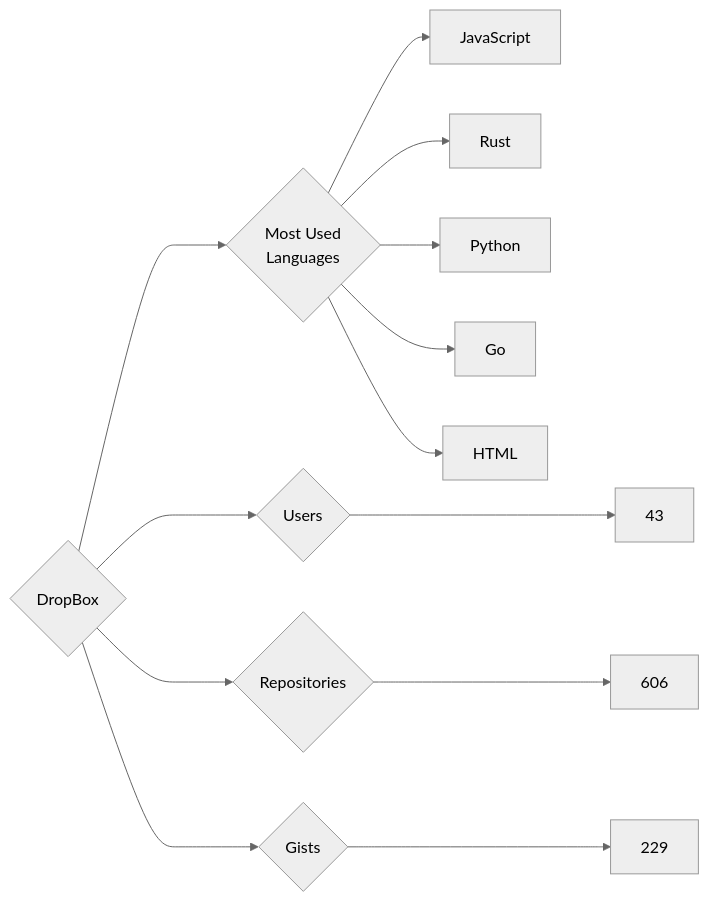
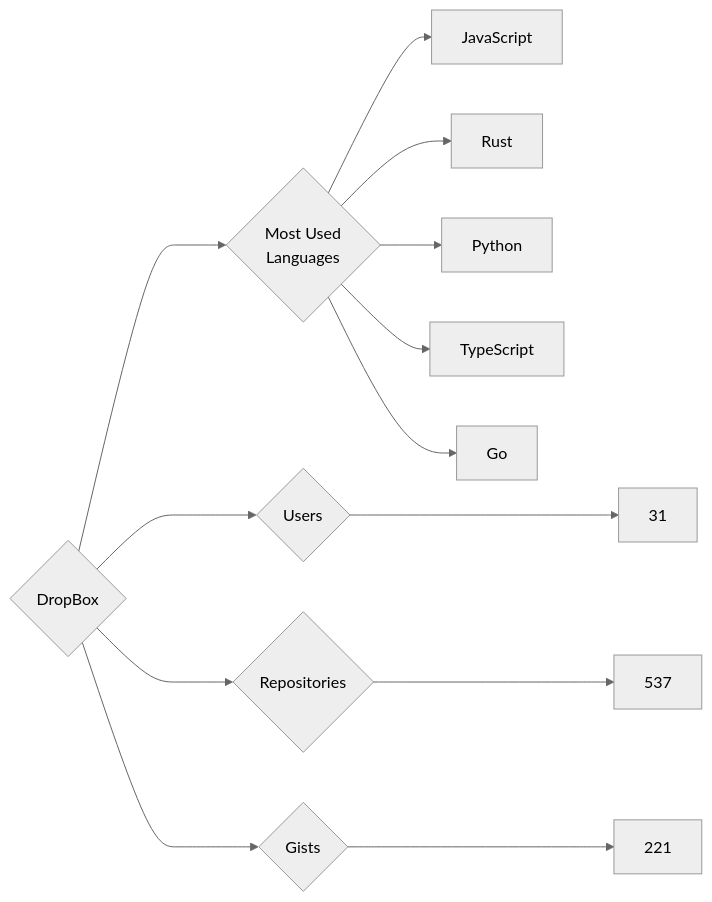
One commit to trickest/insiders changed the diagram in targets/DropBox/README.md. Above: the diagram before and after it, drawn with Mermaid (neutral theme). The commit also changed 1084 other files, not shown here.

````diff
--- a/targets/DropBox/README.md
+++ b/targets/DropBox/README.md
@@ -3,13 +3,13 @@
 ```mermaid
 graph LR
 COMPANY_NAME{DropBox}
-COMPANY_NAME ---> U{Users} ---> UN[43]
-COMPANY_NAME ---> R{Repositories} ---> RN[606]
-COMPANY_NAME ---> G{Gists} ---> GN[229]
+COMPANY_NAME ---> U{Users} ---> UN[31]
+COMPANY_NAME ---> R{Repositories} ---> RN[537]
+COMPANY_NAME ---> G{Gists} ---> GN[221]
 COMPANY_NAME ---> ML{Most Used<br>Languages}
 ML --> JavaScript[JavaScript]
 ML --> Rust[Rust]
 ML --> Python[Python]
+ML --> TypeScript[TypeScript]
 ML --> Go[Go]
-ML --> HTML[HTML]
 ```
````
